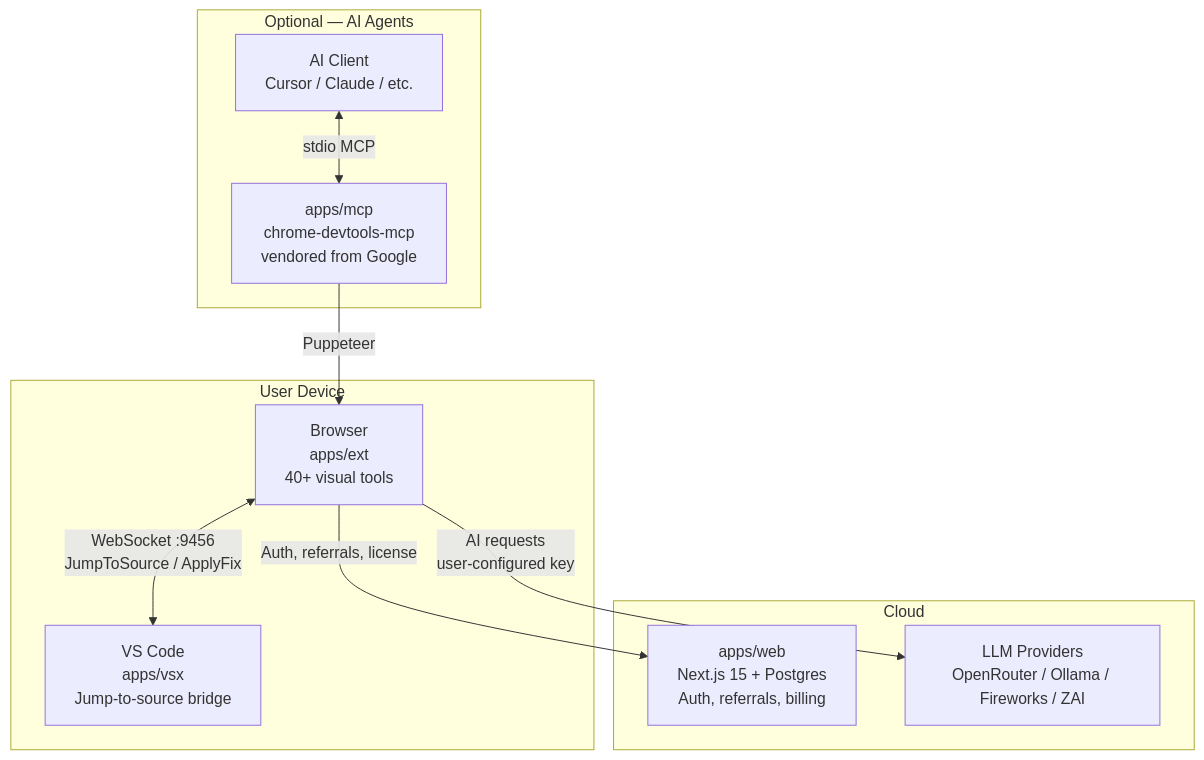
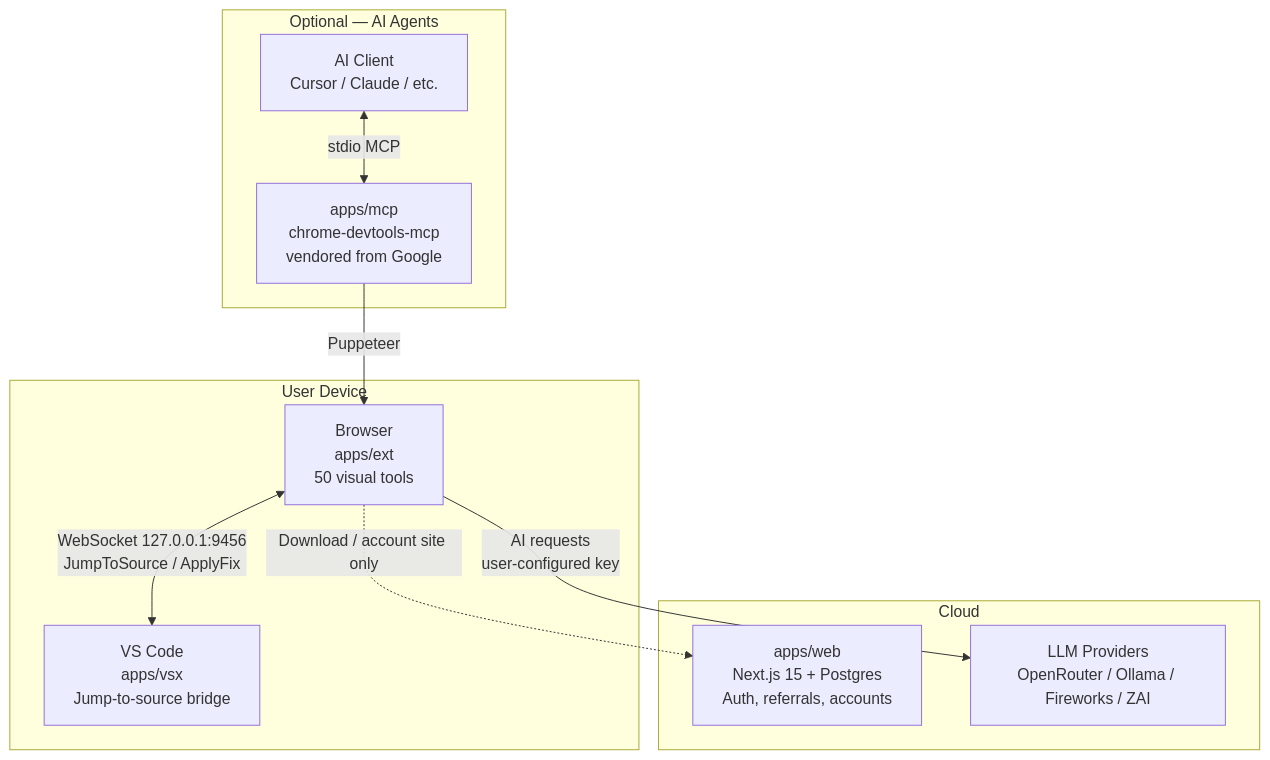
The diagram in README.md (rejisterjack/frontend-dev-helper), drawn with Mermaid before and after one commit. The commit also changed other lines of this file and 180 other files, not shown here.

````diff
--- a/README.md
+++ b/README.md
@@ -18,23 +21,23 @@
 ```mermaid
 graph TB
     subgraph UserDevice[User Device]
-        Browser[Browser<br/>apps/ext<br/>40+ visual tools]
+        Browser[Browser<br/>apps/ext<br/>50 visual tools]
         VSCode[VS Code<br/>apps/vsx<br/>Jump-to-source bridge]
     end
 
     subgraph Cloud[Cloud]
-        WebApp[apps/web<br/>Next.js 15 + Postgres<br/>Auth, referrals, billing]
+        WebApp[apps/web<br/>Next.js 15 + Postgres<br/>Auth, referrals, accounts]
         Providers[LLM Providers<br/>OpenRouter / Ollama / Fireworks / ZAI]
     end
 
     subgraph Optional[Optional — AI Agents]
         Mcp[apps/mcp<br/>chrome-devtools-mcp<br/>vendored from Google]
         Agent[AI Client<br/>Cursor / Claude / etc.]
     end
 
-    Browser <-->|"WebSocket :9456<br/>JumpToSource / ApplyFix"| VSCode
+    Browser <-->|"WebSocket 127.0.0.1:9456<br/>JumpToSource / ApplyFix"| VSCode
     Browser -->|"AI requests<br/>user-configured key"| Providers
-    Browser -->|"Auth, referrals, license"| WebApp
+    Browser -.->|"Download / account site only"| WebApp
     Agent <-->|"stdio MCP"| Mcp
     Mcp -->|"Puppeteer"| Browser
 ```
````
